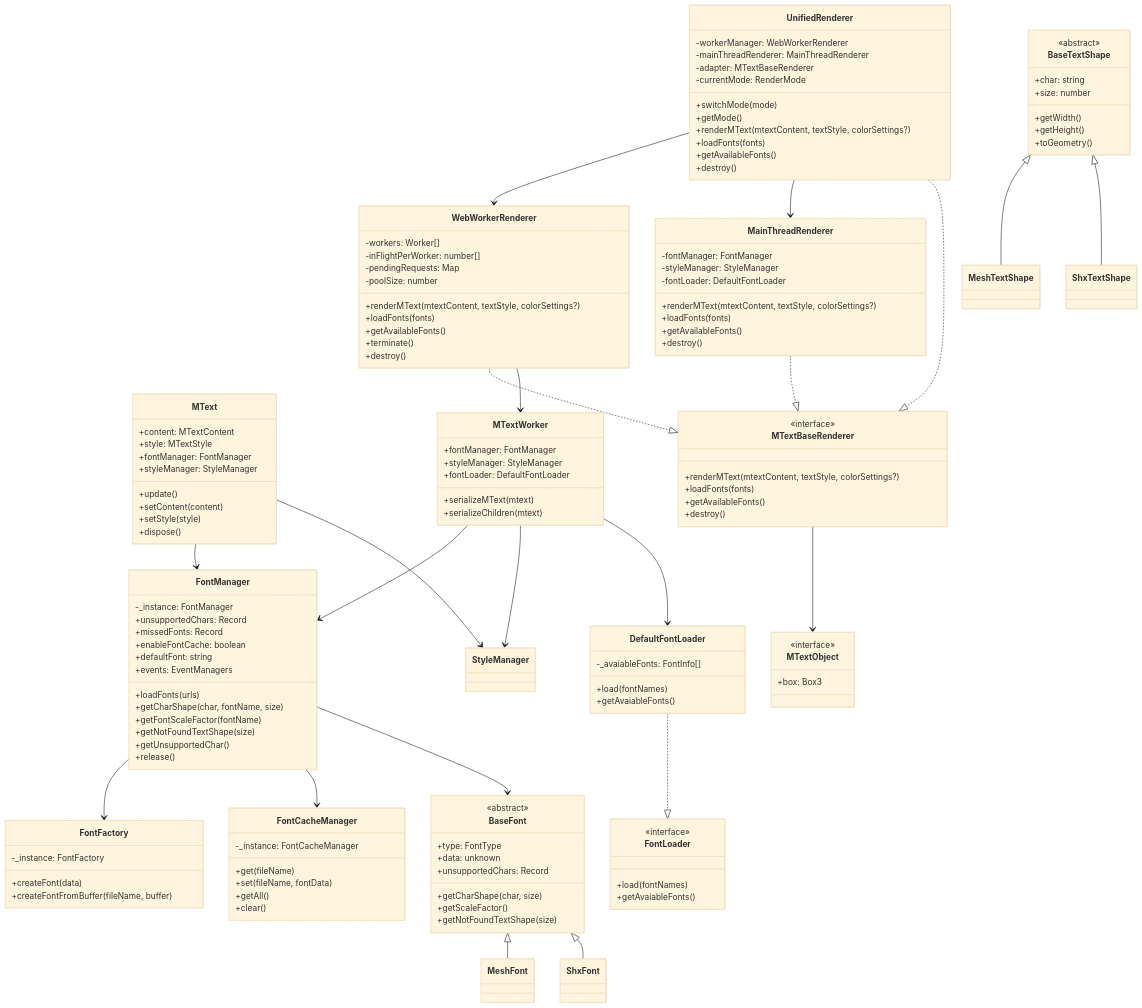
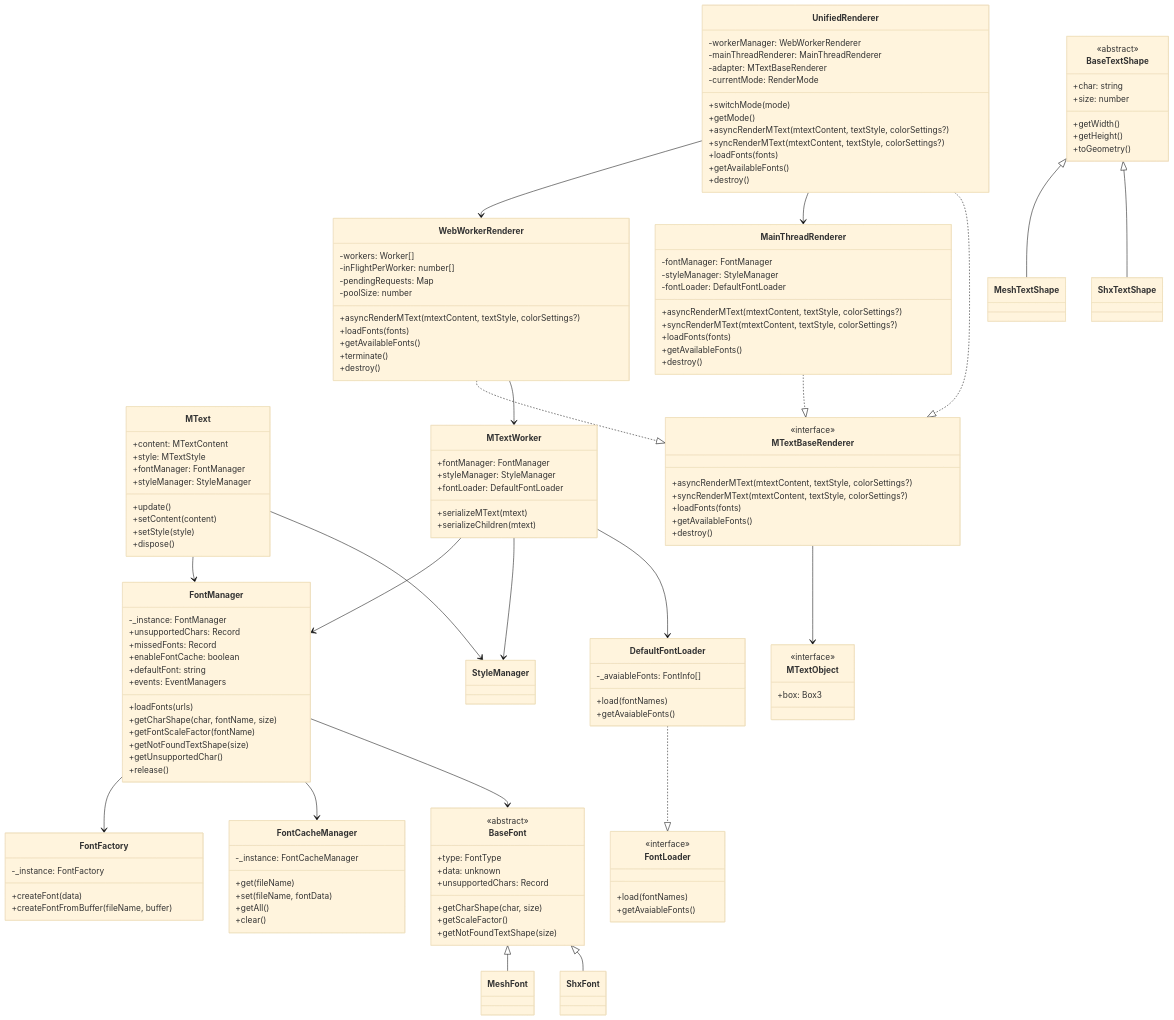
Before and after one commit to mlightcad/mtext-renderer: the diagram in README.md, drawn with Mermaid (base theme). The commit also changed other lines of this file and 8 other files, not shown here.

```diff
--- a/README.md
+++ b/README.md
@@ -245,7 +249,8 @@
 
     class MTextBaseRenderer {
         <<interface>>
-        +renderMText(mtextContent, textStyle, colorSettings?)
+        +asyncRenderMText(mtextContent, textStyle, colorSettings?)
+        +syncRenderMText(mtextContent, textStyle, colorSettings?)
         +loadFonts(fonts)
         +getAvailableFonts()
         +destroy()
@@ -260,7 +265,8 @@
         -fontManager: FontManager
         -styleManager: StyleManager
         -fontLoader: DefaultFontLoader
-        +renderMText(mtextContent, textStyle, colorSettings?)
+        +asyncRenderMText(mtextContent, textStyle, colorSettings?)
+        +syncRenderMText(mtextContent, textStyle, colorSettings?)
         +loadFonts(fonts)
         +getAvailableFonts()
         +destroy()
@@ -271,7 +277,7 @@
         -inFlightPerWorker: number[]
         -pendingRequests: Map
         -poolSize: number
-        +renderMText(mtextContent, textStyle, colorSettings?)
+        +asyncRenderMText(mtextContent, textStyle, colorSettings?)
         +loadFonts(fonts)
         +getAvailableFonts()
         +terminate()
@@ -285,7 +291,8 @@
         -currentMode: RenderMode
         +switchMode(mode)
         +getMode()
-        +renderMText(mtextContent, textStyle, colorSettings?)
+        +asyncRenderMText(mtextContent, textStyle, colorSettings?)
+        +syncRenderMText(mtextContent, textStyle, colorSettings?)
         +loadFonts(fonts)
         +getAvailableFonts()
         +destroy()
```
